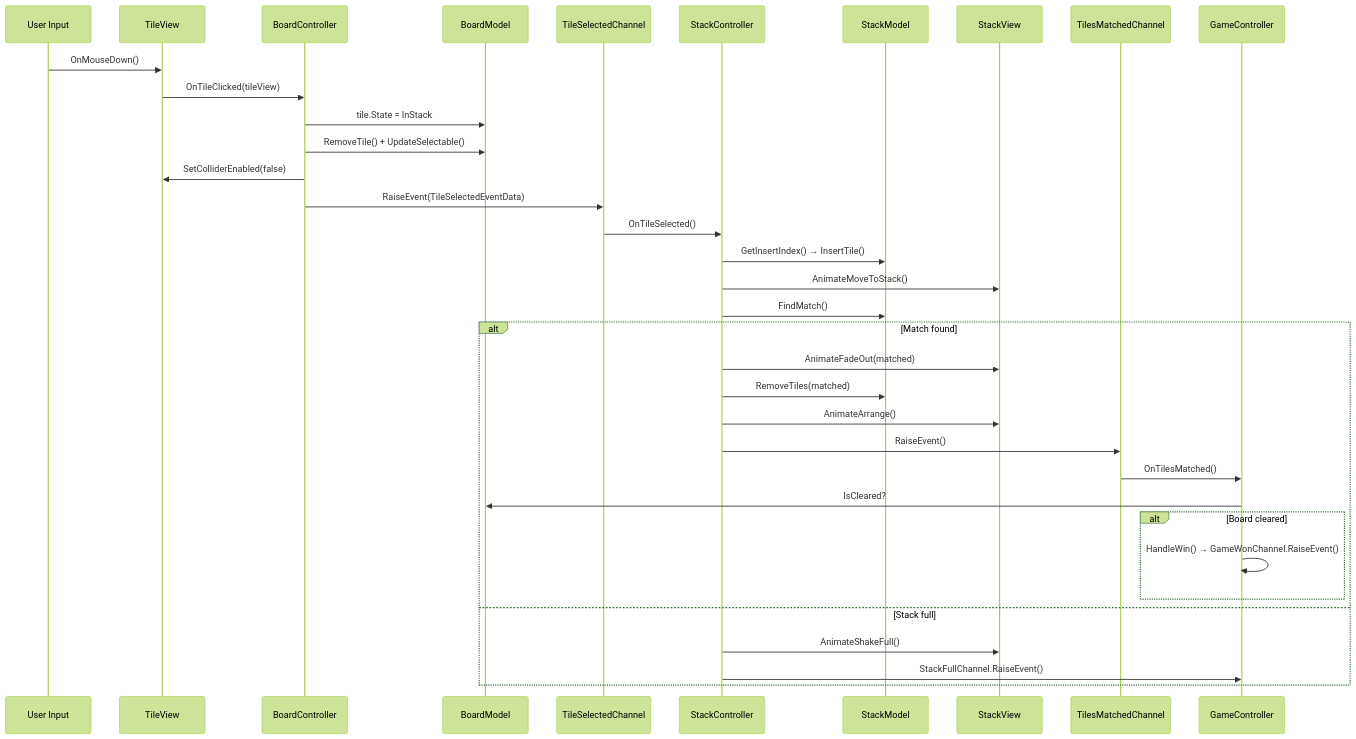
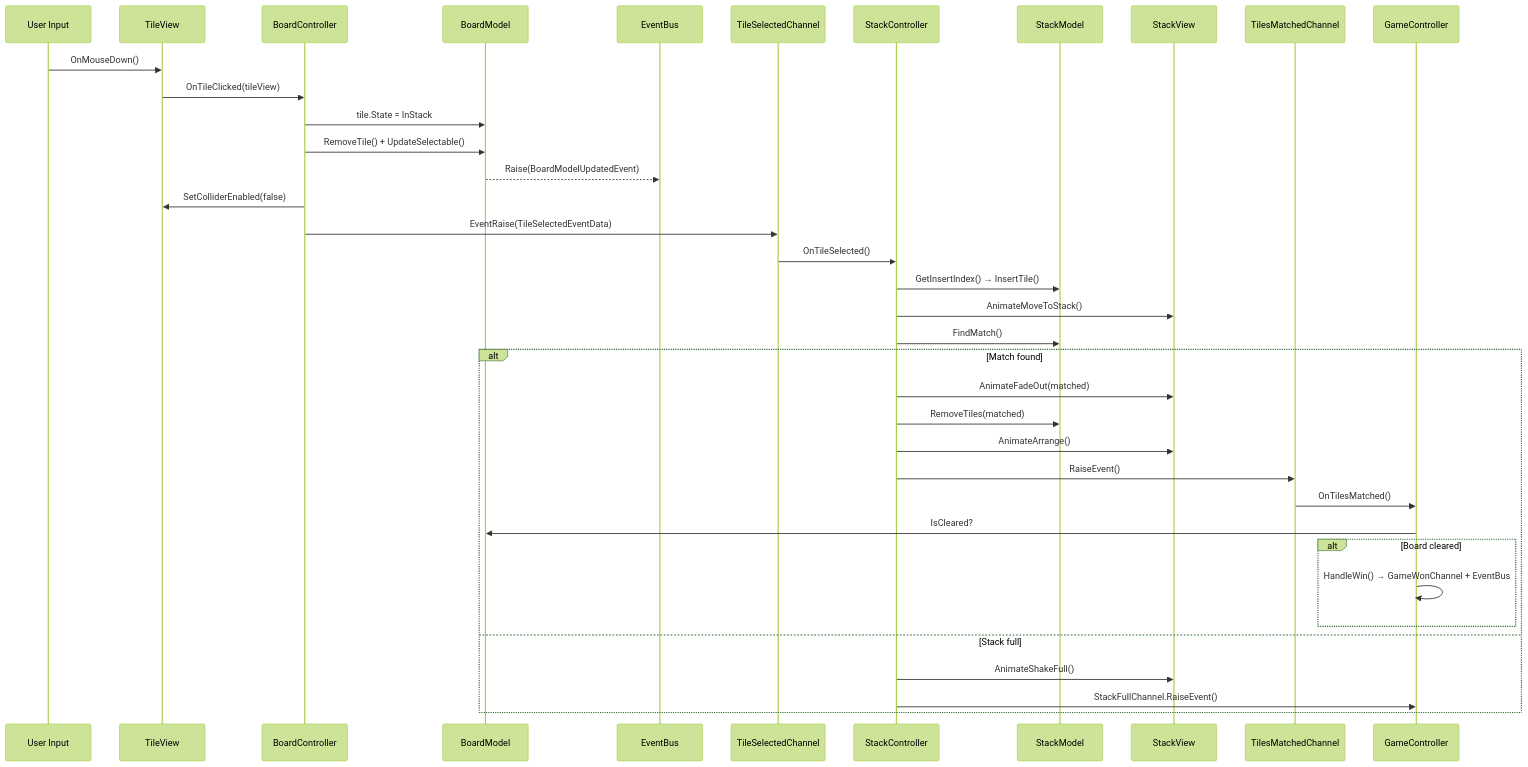
One commit to gcc-dtung/Pirate-Tiles changed the second of 2 diagrams in Assets/Documents/_02.Architecture.md. Above: the diagram before and after it, drawn with Mermaid (forest theme). The commit also changed other lines of this file and 62 other files, not shown here.

Commit message:
update : Add event bus, fix document

````diff
--- a/Assets/Documents/_02.Architecture.md
+++ b/Assets/Documents/_02.Architecture.md
@@ -461,40 +475,42 @@
 ```mermaid
 sequenceDiagram
     participant U as User Input
     participant TV as TileView
     participant BC as BoardController
     participant BM as BoardModel
+    participant EB as EventBus
     participant EC as TileSelectedChannel
     participant SC as StackController
     participant SM as StackModel
     participant SV as StackView
     participant MC as TilesMatchedChannel
     participant GC as GameController
 
     U->>TV: OnMouseDown()
     TV->>BC: OnTileClicked(tileView)
     BC->>BM: tile.State = InStack
     BC->>BM: RemoveTile() + UpdateSelectable()
+    BM-->>EB: Raise(BoardModelUpdatedEvent)
     BC->>TV: SetColliderEnabled(false)
-    BC->>EC: RaiseEvent(TileSelectedEventData)
+    BC->>EC: EventRaise(TileSelectedEventData)
 
     EC->>SC: OnTileSelected()
     SC->>SM: GetInsertIndex() → InsertTile()
     SC->>SV: AnimateMoveToStack()
     SC->>SM: FindMatch()
 
     alt Match found
         SC->>SV: AnimateFadeOut(matched)
         SC->>SM: RemoveTiles(matched)
         SC->>SV: AnimateArrange()
         SC->>MC: RaiseEvent()
         MC->>GC: OnTilesMatched()
         GC->>BM: IsCleared?
         alt Board cleared
-            GC->>GC: HandleWin() → GameWonChannel.RaiseEvent()
+            GC->>GC: HandleWin() → GameWonChannel + EventBus
         end
     else Stack full
         SC->>SV: AnimateShakeFull()
         SC->>GC: StackFullChannel.RaiseEvent()
     end
 ```
````
